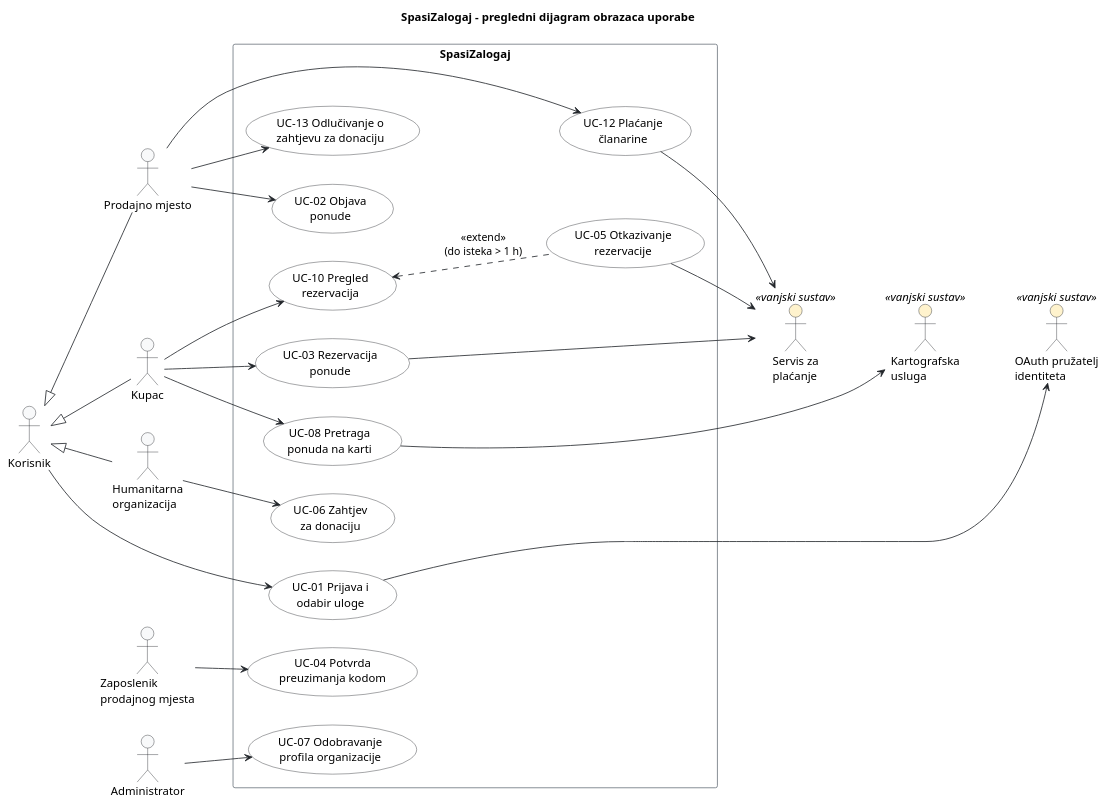
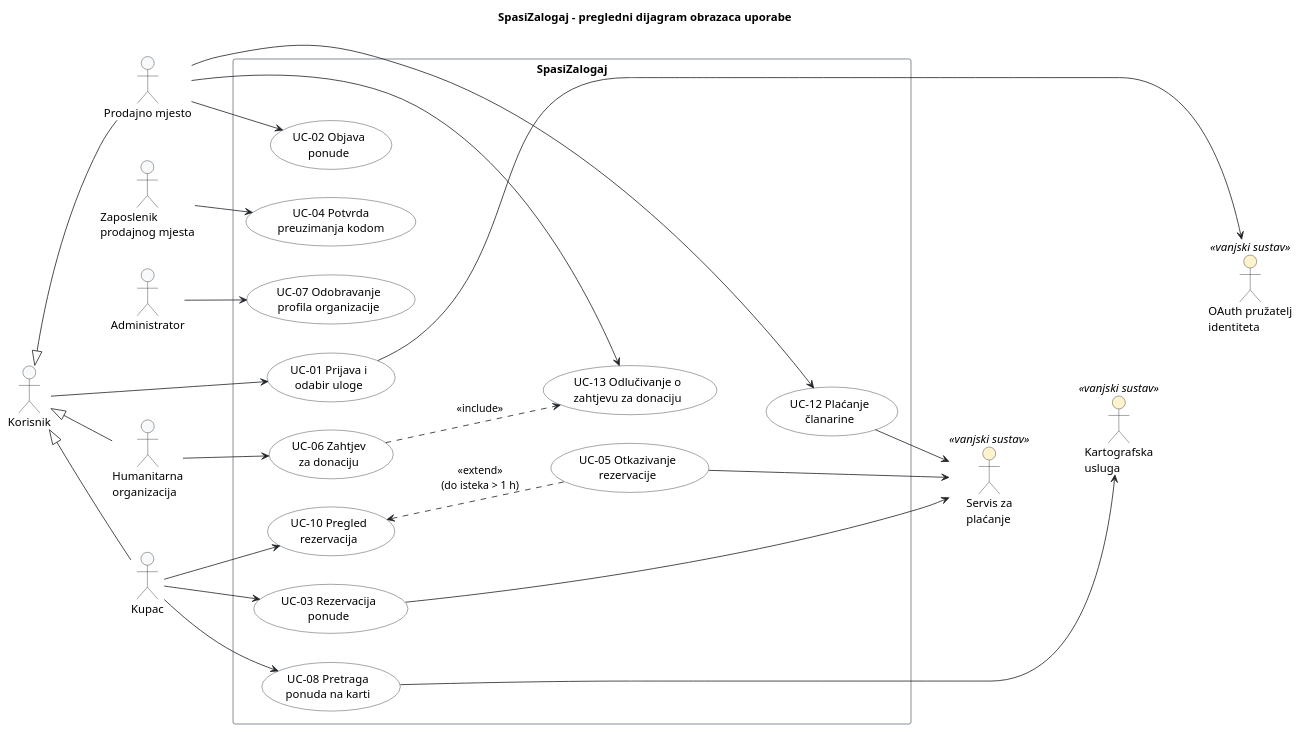
One commit to frenki1004/Menzory changed the diagram in docs/puml/3-1-spasizalogaj-system-UC.puml. Above: the diagram before and after it, drawn with PlantUML.

Commit message:
docs(obrasci): dodan odnos include UC-06 → UC-13 na pregledni dijagram

```diff
--- a/docs/puml/3-1-spasizalogaj-system-UC.puml
+++ b/docs/puml/3-1-spasizalogaj-system-UC.puml
@@ -14,90 +14,92 @@
 @startuml
 title SpasiZalogaj – pregledni dijagram obrazaca uporabe
 left to right direction
 
 skinparam shadowing false
 skinparam defaultFontName Arial
 skinparam ArrowColor #212529
 
 skinparam actor {
     BackgroundColor #F8F9FA
     BorderColor #212529
     BackgroundColor<<vanjski sustav>> #FFF3CD
 }
 skinparam usecase {
     BackgroundColor #FFFFFF
     BorderColor #212529
 }
 skinparam rectangle {
     BorderColor #6C757D
 }
 
 actor "Korisnik" as Korisnik
 actor "Prodajno mjesto" as Prodavac
 actor "Kupac" as Kupac
 actor "Zaposlenik\nprodajnog mjesta" as Zaposlenik
 actor "Humanitarna\norganizacija" as Org
 actor "Administrator" as Admin
 
 Kupac -up-|> Korisnik
 Prodavac -up-|> Korisnik
 Org -up-|> Korisnik
 
 ' Prazni redovi u nazivu ostavljaju mjesta na vrhu okvira da veza
 ' prodajnog mjesta prema UC-12 ostane unutar pravokutnika.
 rectangle "SpasiZalogaj\n\n" {
     usecase "UC-01 Prijava i\nodabir uloge" as UC01
     usecase "UC-02 Objava\nponude" as UC02
     usecase "UC-12 Plaćanje\nčlanarine" as UC12
     usecase "UC-13 Odlučivanje o\nzahtjevu za donaciju" as UC13
     usecase "UC-06 Zahtjev\nza donaciju" as UC06
     usecase "UC-08 Pretraga\nponuda na karti" as UC08
     usecase "UC-03 Rezervacija\nponude" as UC03
     usecase "UC-10 Pregled\nrezervacija" as UC10
     usecase "UC-05 Otkazivanje\nrezervacije" as UC05
     usecase "UC-04 Potvrda\npreuzimanja kodom" as UC04
     usecase "UC-07 Odobravanje\nprofila organizacije" as UC07
 }
 
 actor "Servis za\nplaćanje" as Placanje <<vanjski sustav>>
 actor "Kartografska\nusluga" as Karta <<vanjski sustav>>
 actor "OAuth pružatelj\nidentiteta" as OAuth <<vanjski sustav>>
 
 ' Prijava
 Korisnik --> UC01
 UC01 --> OAuth
 
 ' Prodajno mjesto
 Prodavac --> UC02
 Prodavac --> UC12
 UC12 --> Placanje
 Prodavac --> UC13
 
 ' Humanitarna organizacija
 Org --> UC06
+' Zahtjev za donaciju uvijek završava odlukom prodajnog mjesta (UC-06, Posljedice).
+UC06 ..> UC13 : <<include>>
 
 ' Kupac
 Kupac --> UC08
 UC08 --> Karta
 Kupac --> UC03
 UC03 --> Placanje
 Kupac --> UC10
 UC10 <.. UC05 : <<extend>>\n(do isteka > 1 h)
 UC05 --> Placanje
 Zaposlenik --> UC04
 
 ' Administrator
 Admin --> UC07
 
 ' Poravnanje (skrivene veze samo određuju raspored, nisu dio modela):
 ' plaćanje članarine uz servis za plaćanje, vanjski akteri desno od
 ' sustava, administrator na dnu.
 UC13 -[hidden]-> UC12
 UC05 -[hidden]-> Karta
 UC05 -[hidden]-> OAuth
 UC10 -[hidden]-> Placanje
 Placanje -[hidden]down- Karta
 Karta -[hidden]down- OAuth
 Zaposlenik -[hidden]right- Admin
 
 @enduml
```
